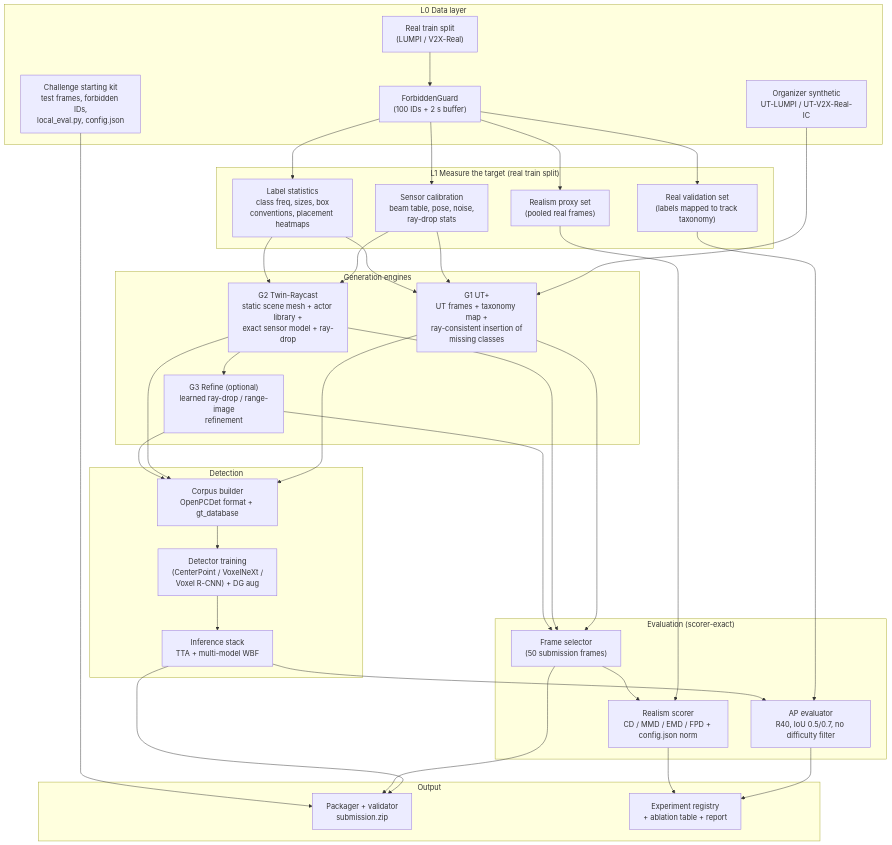
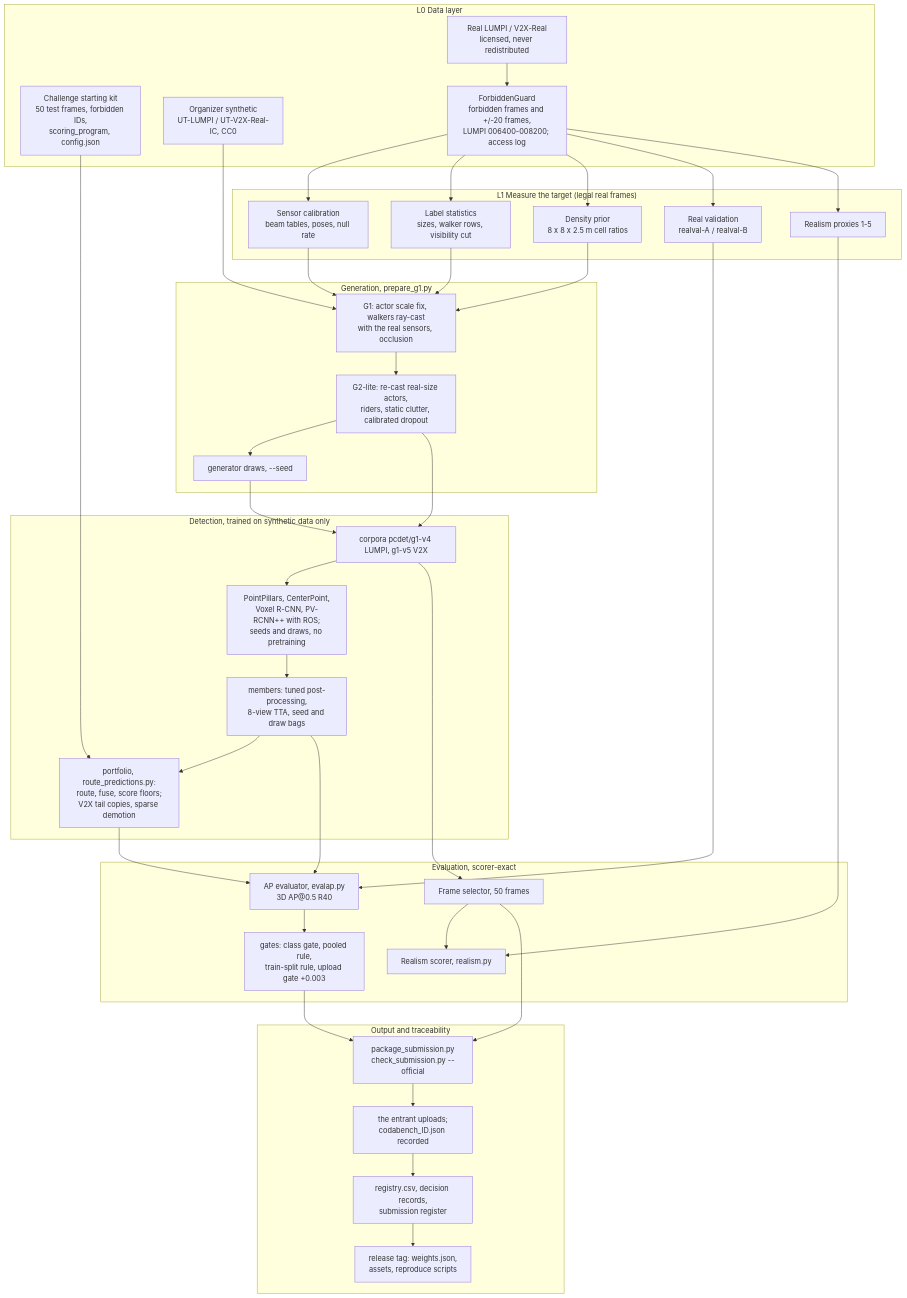
The first of 3 diagrams in docs/03-ARCHITECTURE.md (karmarv/utsim2real-bdc26), drawn with Mermaid before and after one commit. The commit also changed other lines of this file and 12 other files, not shown here.

````diff
--- a/docs/03-ARCHITECTURE.md
+++ b/docs/03-ARCHITECTURE.md
@@ -18,49 +20,52 @@
 ```mermaid
 flowchart TD
     subgraph L0["L0 Data layer"]
-      RK["Challenge starting kit<br/>test frames, forbidden IDs,<br/>local_eval.py, config.json"]
-      RD["Real train split<br/>(LUMPI / V2X-Real)"]
-      UT["Organizer synthetic<br/>UT-LUMPI / UT-V2X-Real-IC"]
-      FG["ForbiddenGuard<br/>(100 IDs + 2 s buffer)"]
+      RK["Challenge starting kit<br/>50 test frames, forbidden IDs,<br/>scoring_program, config.json"]
+      RD["Real LUMPI / V2X-Real<br/>licensed, never redistributed"]
+      UT["Organizer synthetic<br/>UT-LUMPI / UT-V2X-Real-IC, CC0"]
+      FG["ForbiddenGuard<br/>forbidden frames and +/-20 frames,<br/>LUMPI 006400-008200; access log"]
       RD --> FG
     end
-    subgraph L1["L1 Measure the target (real train split)"]
-      SC["Sensor calibration<br/>beam table, pose, noise,<br/>ray-drop stats"]
-      LS["Label statistics<br/>class freq, sizes, box<br/>conventions, placement heatmaps"]
-      RV["Real validation set<br/>(labels mapped to track taxonomy)"]
-      RP["Realism proxy set<br/>(pooled real frames)"]
+    subgraph L1["L1 Measure the target (legal real frames)"]
+      SC["Sensor calibration<br/>beam tables, poses, null rate"]
+      LS["Label statistics<br/>sizes, walker rows, visibility cut"]
+      DP["Density prior<br/>8 x 8 x 2.5 m cell ratios"]
+      RV["Real validation<br/>realval-A / realval-B"]
+      RP["Realism proxies 1-5"]
     end
-    FG --> SC & LS & RV & RP
-    subgraph GEN["Generation engines"]
-      G1["G1 UT+<br/>UT frames + taxonomy map +<br/>ray-consistent insertion of<br/>missing classes"]
-      G2["G2 Twin-Raycast<br/>static scene mesh + actor library +<br/>exact sensor model + ray-drop"]
-      G3["G3 Refine (optional)<br/>learned ray-drop / range-image<br/>refinement"]
+    FG --> SC & LS & DP & RV & RP
+    subgraph GEN["Generation, prepare_g1.py"]
+      G1["G1: actor scale fix, walkers ray-cast<br/>with the real sensors, occlusion"]
+      G2["G2-lite: re-cast real-size actors,<br/>riders, static clutter, calibrated dropout"]
+      DR["generator draws, --seed"]
     end
-    UT --> G1
-    SC --> G1 & G2
-    LS --> G1 & G2
-    G2 --> G3
-    subgraph DET["Detection"]
-      DS["Corpus builder<br/>OpenPCDet format + gt_database"]
-      TR["Detector training<br/>(CenterPoint / VoxelNeXt /<br/>Voxel R-CNN) + DG aug"]
-      INF["Inference stack<br/>TTA + multi-model WBF"]
+    UT --> G1 --> G2 --> DR
+    SC & LS & DP --> G1
+    subgraph DET["Detection, trained on synthetic data only"]
+      DS["corpora pcdet/g1-v4 LUMPI, g1-v5 V2X"]
+      TR["PointPillars, CenterPoint,<br/>Voxel R-CNN, PV-RCNN++ with ROS;<br/>seeds and draws, no pretraining"]
+      MB["members: tuned post-processing,<br/>8-view TTA, seed and draw bags"]
+      PF["portfolio, route_predictions.py:<br/>route, fuse, score floors;<br/>V2X tail copies, sparse demotion"]
     end
-    G1 & G2 & G3 --> DS --> TR --> INF
-    subgraph EVAL["Evaluation (scorer-exact)"]
-      AP["AP evaluator<br/>R40, IoU 0.5/0.7, no difficulty filter"]
-      RS["Realism scorer<br/>CD / MMD / EMD / FPD + config.json norm"]
-      FS["Frame selector<br/>(50 submission frames)"]
+    G2 & DR --> DS --> TR --> MB --> PF
+    subgraph EVAL["Evaluation, scorer-exact"]
+      AP["AP evaluator, evalap.py<br/>3D AP@0.5 R40"]
+      GT["gates: class gate, pooled rule,<br/>train-split rule, upload gate +0.003"]
+      RS["Realism scorer, realism.py"]
+      FS["Frame selector, 50 frames"]
     end
     RV --> AP
-    INF --> AP
+    MB & PF --> AP --> GT
     RP --> RS
-    G1 & G2 & G3 --> FS --> RS
-    subgraph OUT["Output"]
-      PK["Packager + validator<br/>submission.zip"]
-      LOG["Experiment registry<br/>+ ablation table + report"]
+    DS --> FS --> RS
+    subgraph OUT["Output and traceability"]
+      PK["package_submission.py<br/>check_submission.py --official"]
+      UPL["the entrant uploads;<br/>codabench_ID.json recorded"]
+      LOG["registry.csv, decision records,<br/>submission register"]
+      REL["release tag: weights.json,<br/>assets, reproduce scripts"]
     end
-    INF --> PK
+    RK --> PF
+    GT --> PK
     FS --> PK
-    RK --> PK
-    AP & RS --> LOG
+    PK --> UPL --> LOG --> REL
 ```
````
